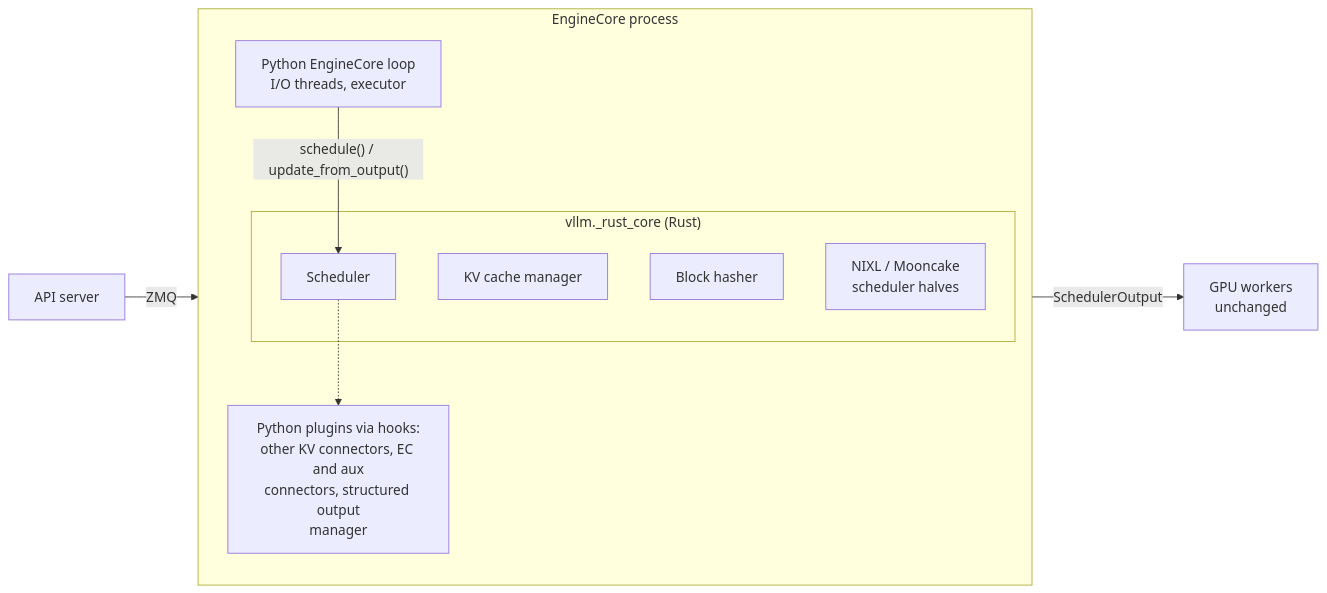
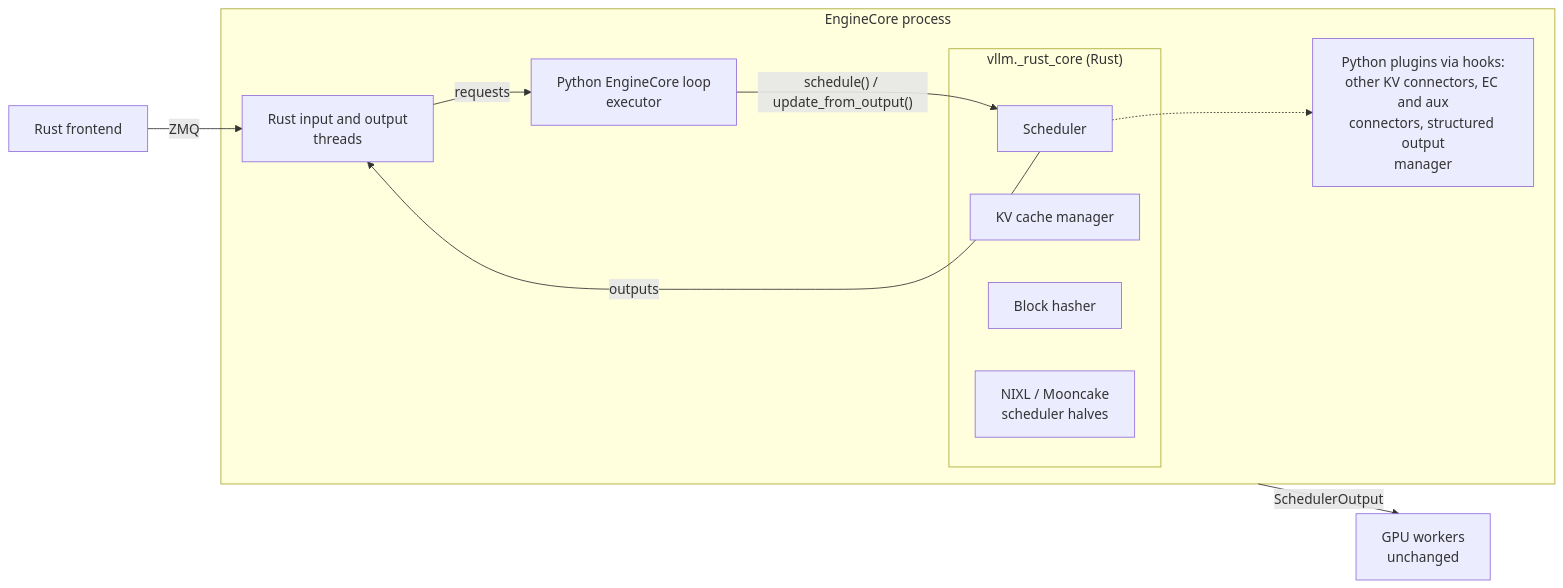
The diagram in docs/design/rust_engine_core.md (vllm-project/vllm), drawn with Mermaid before and after one commit. The commit also changed other lines of this file, not shown here.

First line of the commit message:
[Doc] Rust engine core: native I/O, for the Rust frontend

````diff
--- a/docs/design/rust_engine_core.md
+++ b/docs/design/rust_engine_core.md
@@ -56,17 +59,20 @@
 ```mermaid
 flowchart LR
-    FE[API server] -- ZMQ --> EC
+    FE[Rust frontend] -- ZMQ --> IO
     subgraph EC[EngineCore process]
-        Loop[Python EngineCore loop<br/>I/O threads, executor]
+        Loop[Python EngineCore loop<br/>executor]
+        IO[Rust input and output<br/>threads]
         subgraph RC["vllm._rust_core (Rust)"]
             Sched[Scheduler]
             KV[KV cache manager]
             Hash[Block hasher]
             Conn[NIXL / Mooncake<br/>scheduler halves]
         end
         Hooks[Python plugins via hooks:<br/>other KV connectors, EC and aux<br/>connectors, structured output<br/>manager]
+        IO -- requests --> Loop
         Loop -- "schedule() / update_from_output()" --> Sched
+        Sched -- outputs --> IO
         Sched -.-> Hooks
     end
     EC -- SchedulerOutput --> W[GPU workers<br/>unchanged]
 ```
````
